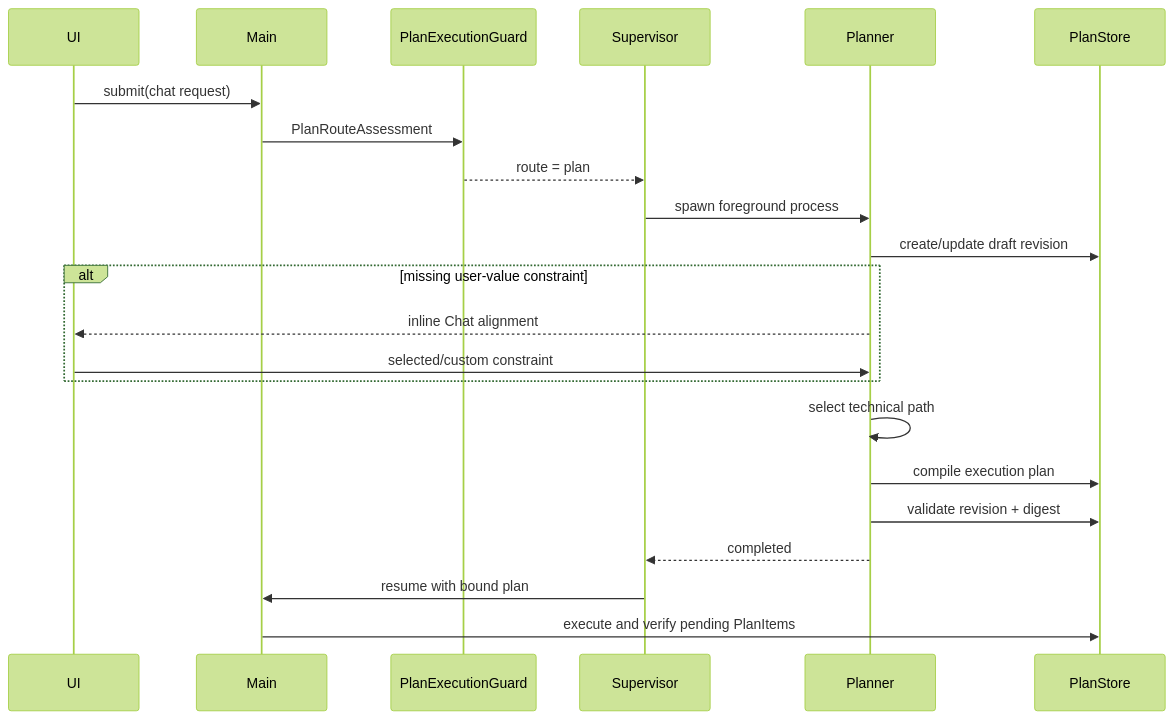
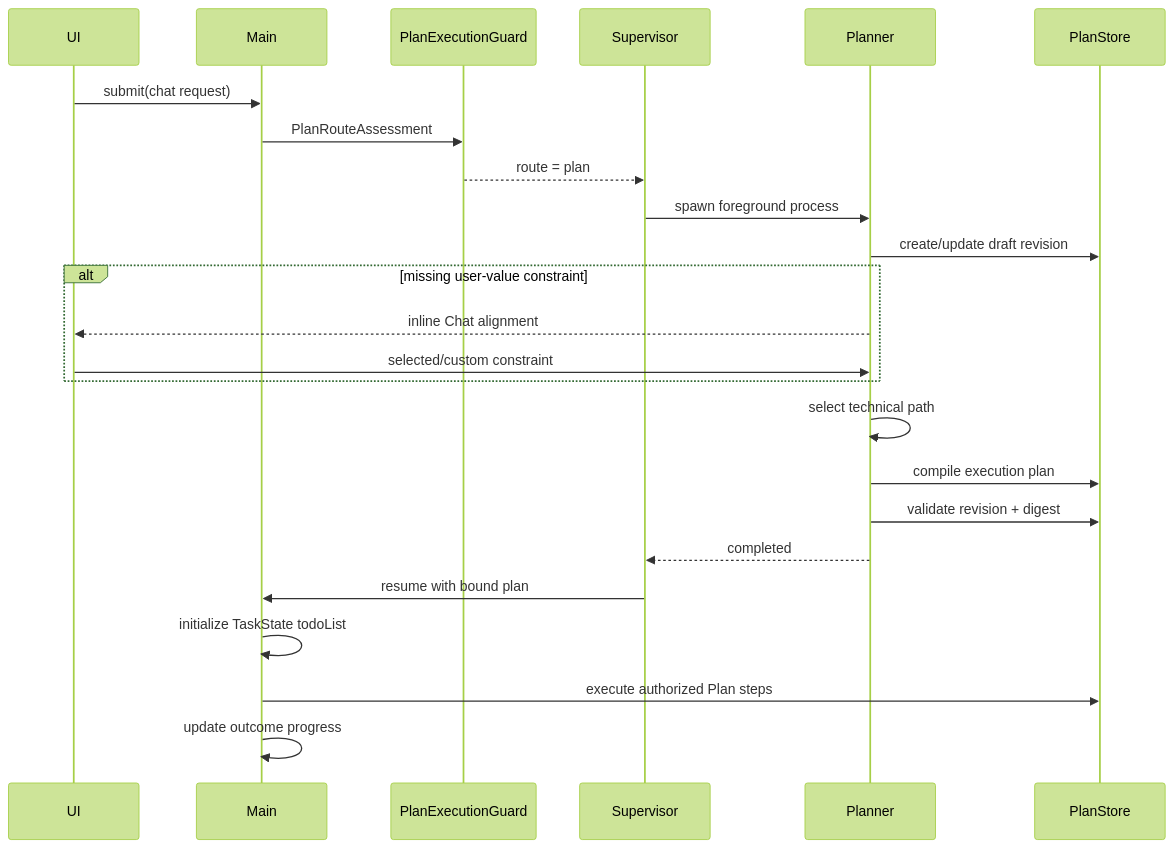
One commit to creativedswork/dscode changed the first of 2 diagrams in openspec/changes/add-interactive-plan-mode/design.md. Above: the diagram before and after it, drawn with Mermaid (forest theme). The commit also changed other lines of this file and 169 other files, not shown here.

````diff
--- a/openspec/changes/add-interactive-plan-mode/design.md
+++ b/openspec/changes/add-interactive-plan-mode/design.md
@@ -57,25 +64,27 @@
 ```mermaid
 sequenceDiagram
     participant UI
     participant Main
     participant Guard as PlanExecutionGuard
     participant Supervisor
     participant Planner
     participant Store as PlanStore
 
     UI->>Main: submit(chat request)
     Main->>Guard: PlanRouteAssessment
     Guard-->>Supervisor: route = plan
     Supervisor->>Planner: spawn foreground process
     Planner->>Store: create/update draft revision
     alt missing user-value constraint
         Planner-->>UI: inline Chat alignment
         UI->>Planner: selected/custom constraint
     end
     Planner->>Planner: select technical path
     Planner->>Store: compile execution plan
     Planner->>Store: validate revision + digest
     Planner-->>Supervisor: completed
     Supervisor->>Main: resume with bound plan
-    Main->>Store: execute and verify pending PlanItems
+    Main->>Main: initialize TaskState todoList
+    Main->>Store: execute authorized Plan steps
+    Main->>Main: update outcome progress
 ```
````
